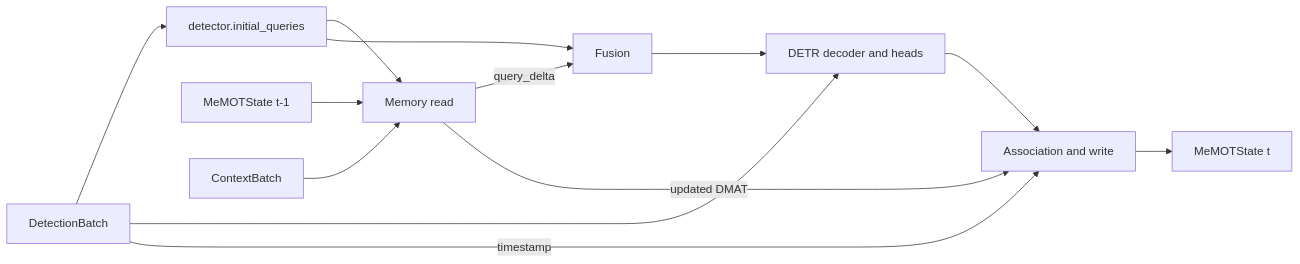
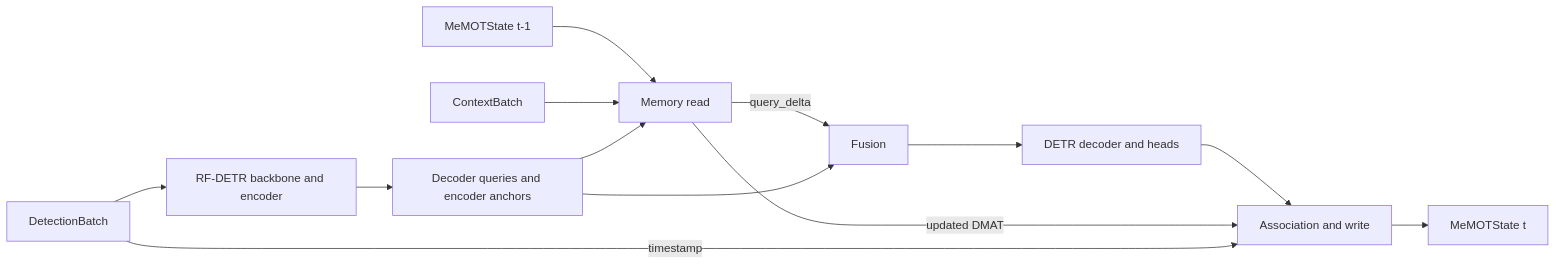
One commit to be1pheg0r/det-from-context changed the diagram in docs/MeMOT.md. Above: the diagram before and after it, drawn with Mermaid. The commit also changed other lines of this file and 9 other files, not shown here.

Commit message:
Integrate MeMOT at RF-DETR decoder boundary

````diff
--- a/docs/MeMOT.md
+++ b/docs/MeMOT.md
@@ -59,15 +59,15 @@
 ```mermaid
 flowchart LR
-    A[DetectionBatch] --> B[detector.initial_queries]
+    A[DetectionBatch] --> B[RF-DETR backbone and encoder]
+    B --> Q[Decoder queries and encoder anchors]
     S[MeMOTState t-1] --> C[Memory read]
     X[ContextBatch] --> C
-    B --> C
+    Q --> C
     C -->|query_delta| D[Fusion]
-    B --> D
+    Q --> D
     D --> E[DETR decoder and heads]
-    A --> E
     E --> F[Association and write]
     C -->|updated DMAT| F
     A -->|timestamp| F
     F --> G[MeMOTState t]
 ```
````
